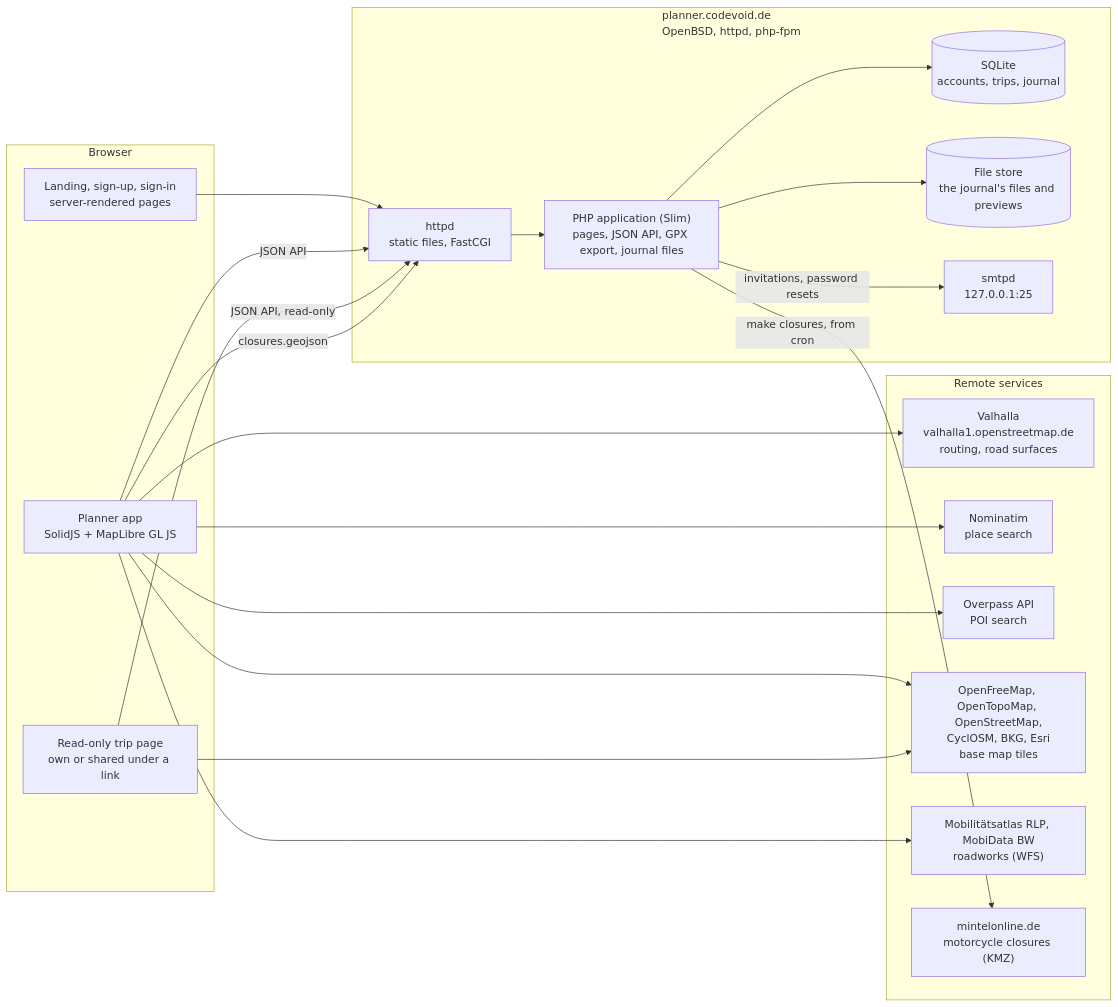
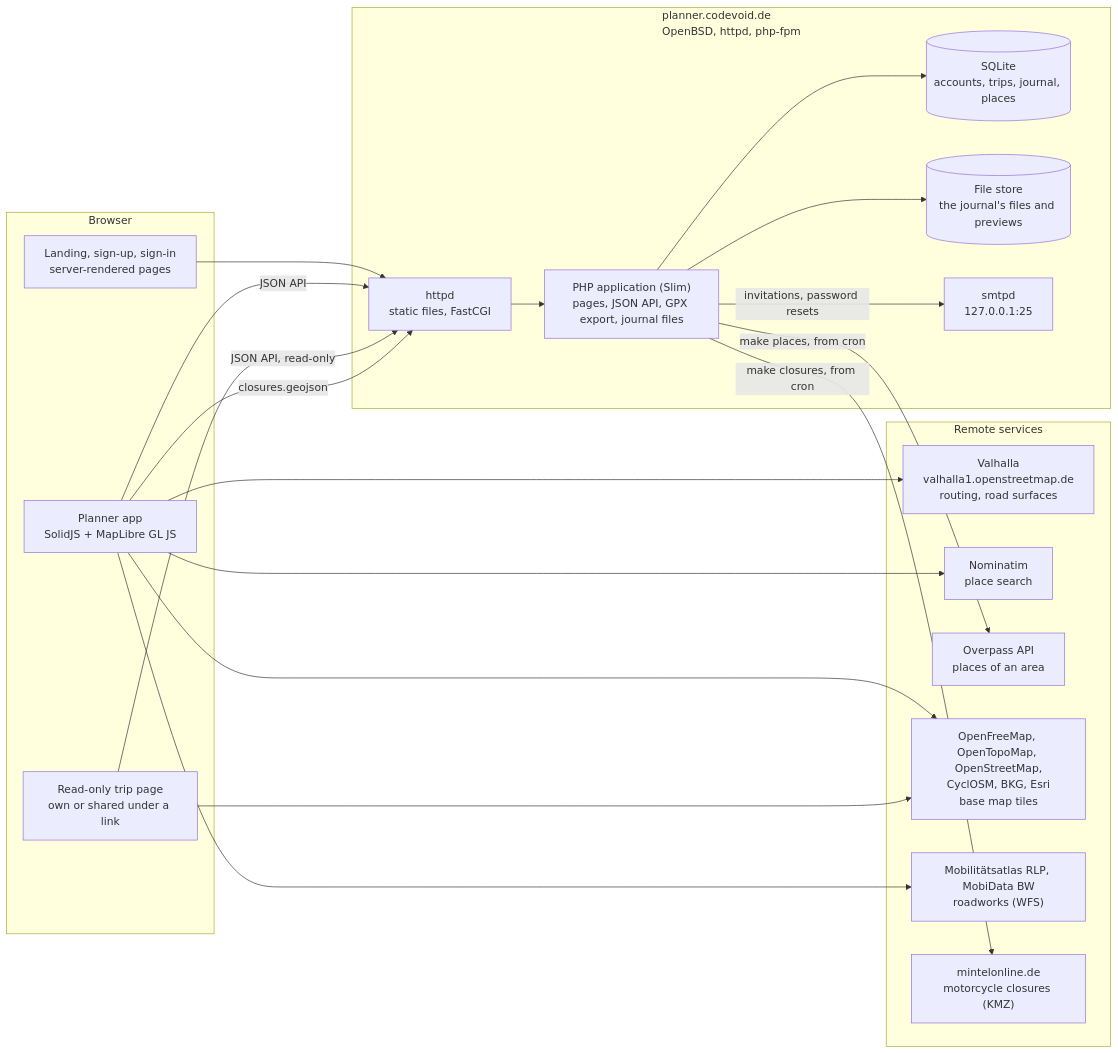
Before and after one commit to c0dev0id/TripPlanner: the first of 3 diagrams in .github/architecture.md, drawn with Mermaid. The commit also changed other lines of this file and 63 other files, not shown here.

First line of the commit message:
Show places from the planner's own store, filled area by area

````diff
--- a/.github/architecture.md
+++ b/.github/architecture.md
@@ -8,38 +8,38 @@
 ```mermaid
 flowchart LR
   subgraph browser["Browser"]
     pages["Landing, sign-up, sign-in<br/>server-rendered pages"]
     app["Planner app<br/>SolidJS + MapLibre GL JS"]
     view["Read-only trip page<br/>own or shared under a link"]
   end
   subgraph server["planner.codevoid.de<br/>OpenBSD, httpd, php-fpm"]
     httpd["httpd<br/>static files, FastCGI"]
     php["PHP application (Slim)<br/>pages, JSON API, GPX export, journal files"]
-    db[("SQLite<br/>accounts, trips, journal")]
+    db[("SQLite<br/>accounts, trips, journal, places")]
     files[("File store<br/>the journal's files and previews")]
     smtpd["smtpd<br/>127.0.0.1:25"]
   end
   subgraph remote["Remote services"]
     valhalla["Valhalla<br/>valhalla1.openstreetmap.de<br/>routing, road surfaces"]
     nominatim["Nominatim<br/>place search"]
-    overpass["Overpass API<br/>POI search"]
+    overpass["Overpass API<br/>places of an area"]
     tiles["OpenFreeMap, OpenTopoMap, OpenStreetMap,<br/>CyclOSM, BKG, Esri<br/>base map tiles"]
     roadworks["Mobilitätsatlas RLP, MobiData BW<br/>roadworks (WFS)"]
     closures["mintelonline.de<br/>motorcycle closures (KMZ)"]
   end
   pages --> httpd
   app -->|JSON API| httpd
   view -->|JSON API, read-only| httpd
   httpd --> php
   php --> db
   php --> files
   php -->|invitations, password resets| smtpd
   app --> valhalla
   app --> nominatim
-  app --> overpass
+  php -->|make places, from cron| overpass
   app --> tiles
   app --> roadworks
   php -->|make closures, from cron| closures
   app -->|closures.geojson| httpd
   view --> tiles
 ```
````
